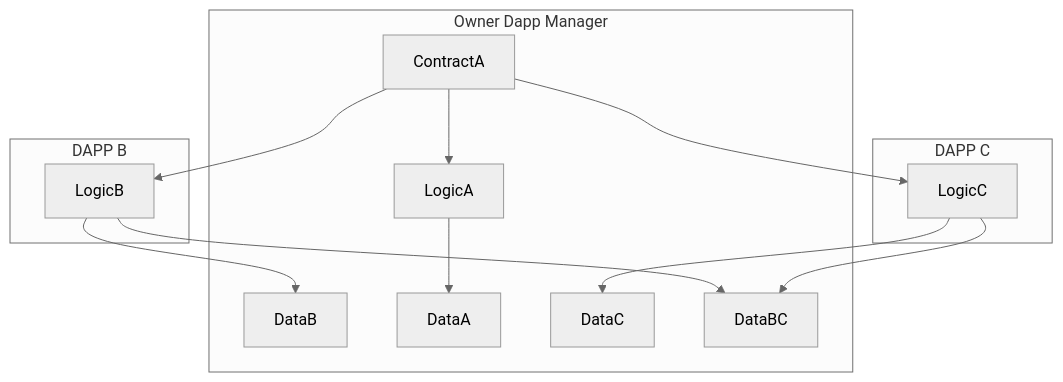
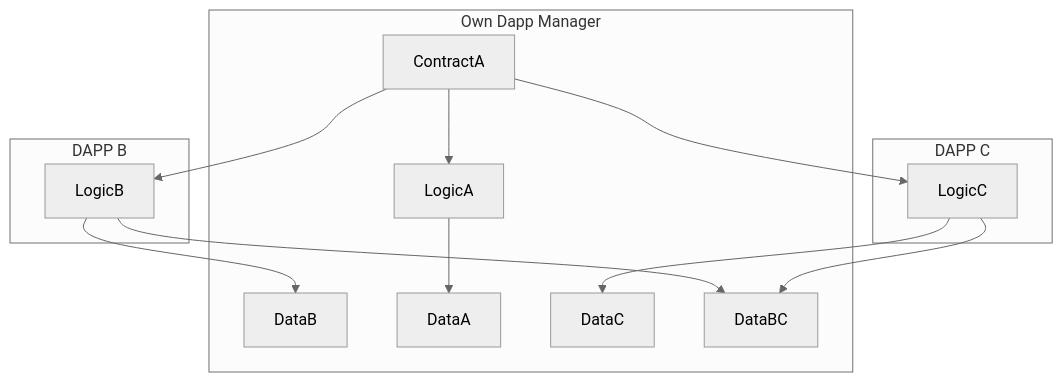
Before and after one commit to starknet-io/SNIPs: the first of 2 diagrams in SNIPS/snip-22.md, drawn with Mermaid (neutral theme). The commit also changed other lines of this file, not shown here.

````diff
--- a/SNIPS/snip-22.md
+++ b/SNIPS/snip-22.md
@@ -31,30 +31,30 @@
 ```mermaid
 flowchart TD
     
-    subgraph Owner Dapp Manager
+    subgraph Own Dapp Manager
 	  DataB
     DataA
     DataC
     DataBC
     ContractA-->LogicA
     end
    
 		subgraph DAPP B
     LogicB
     end
 
     subgraph DAPP C
     LogicC
     end
 
 
 		ContractA --> LogicB
     LogicB--> DataB
     LogicB--> DataBC
 
     ContractA --> LogicC
     LogicC--> DataC
     LogicC--> DataBC
 
     LogicA--> DataA
 ```
````
